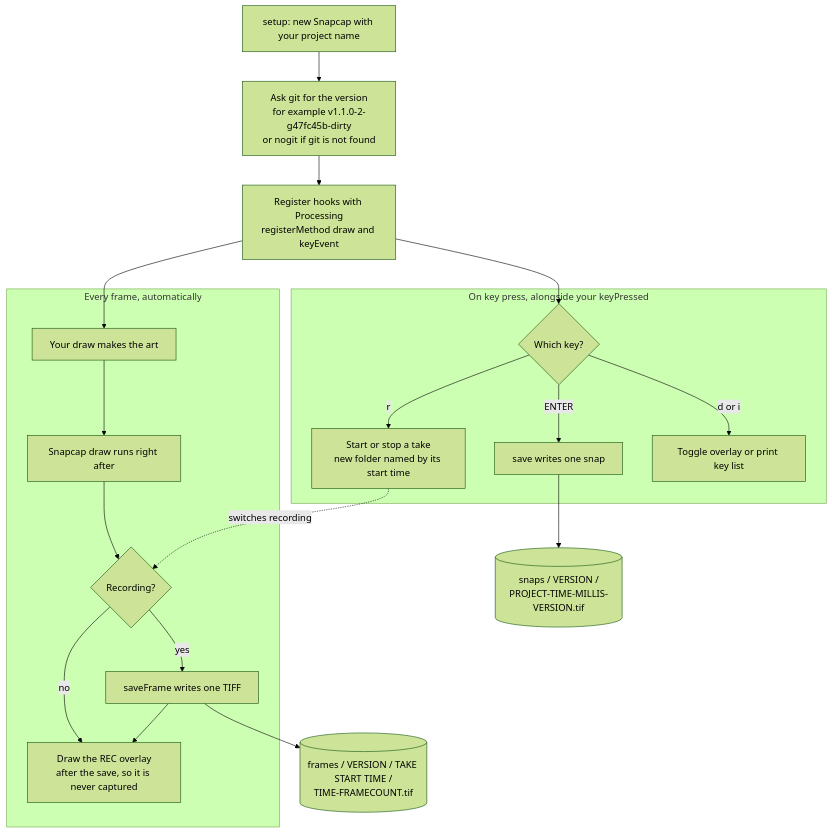
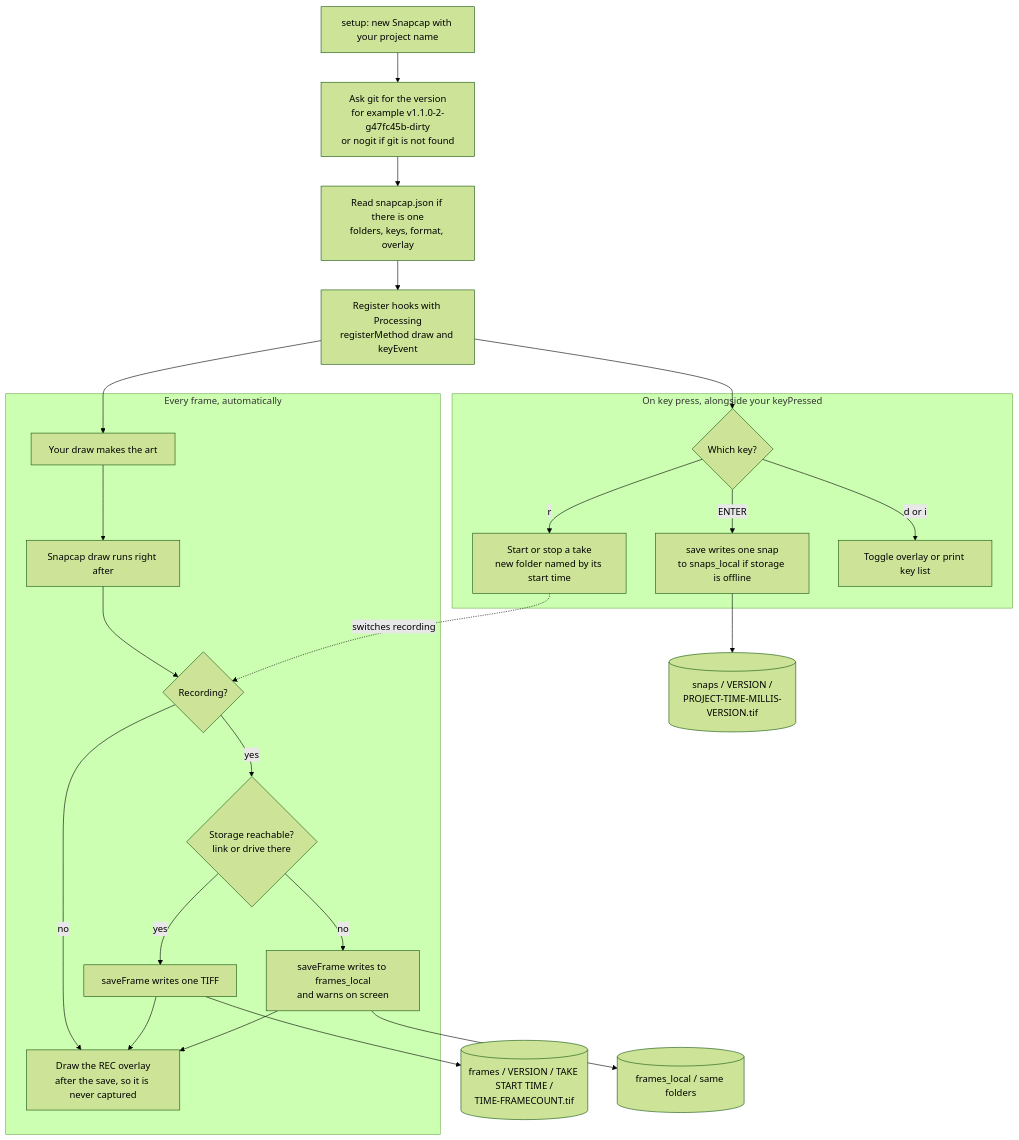
Before and after one commit to jaycody/snapcap: the diagram in docs/diagrams/how-it-works.mmd, drawn with Mermaid (forest theme). The commit also changed 14 other files, not shown here.

Commit message:
Storage fallback when the drive is unplugged, and snapcap.json settings (#20)

```diff
--- a/docs/diagrams/how-it-works.mmd
+++ b/docs/diagrams/how-it-works.mmd
@@ -1,25 +1,30 @@
 flowchart TD
     A["setup: new Snapcap with your project name"] --> G["Ask git for the version<br/>for example v1.1.0-2-g47fc45b-dirty<br/>or nogit if git is not found"]
-    G --> R["Register hooks with Processing<br/>registerMethod draw and keyEvent"]
+    G --> CF["Read snapcap.json if there is one<br/>folders, keys, format, overlay"]
+    CF --> R["Register hooks with Processing<br/>registerMethod draw and keyEvent"]
 
     subgraph EVERY ["Every frame, automatically"]
         D1["Your draw makes the art"] --> D2["Snapcap draw runs right after"]
         D2 --> Q{"Recording?"}
-        Q -->|yes| SF["saveFrame writes one TIFF"]
+        Q -->|yes| ST{"Storage reachable?<br/>link or drive there"}
+        ST -->|yes| SF["saveFrame writes one TIFF"]
+        ST -->|no| SL["saveFrame writes to frames_local<br/>and warns on screen"]
         Q -->|no| OV["Draw the REC overlay<br/>after the save, so it is never captured"]
         SF --> OV
+        SL --> OV
     end
 
     subgraph KEYS ["On key press, alongside your keyPressed"]
         K{"Which key?"}
         K -->|r| T["Start or stop a take<br/>new folder named by its start time"]
-        K -->|ENTER| S["save writes one snap"]
+        K -->|ENTER| S["save writes one snap<br/>to snaps_local if storage is offline"]
         K -->|d or i| H["Toggle overlay or print key list"]
     end
 
     R --> D1
     R --> K
     T -.->|switches recording| Q
 
     SF --> FR[("frames / VERSION / TAKE START TIME /<br/>TIME-FRAMECOUNT.tif")]
+    SL --> FL[("frames_local / same folders")]
     S --> SN[("snaps / VERSION /<br/>PROJECT-TIME-MILLIS-VERSION.tif")]
```
